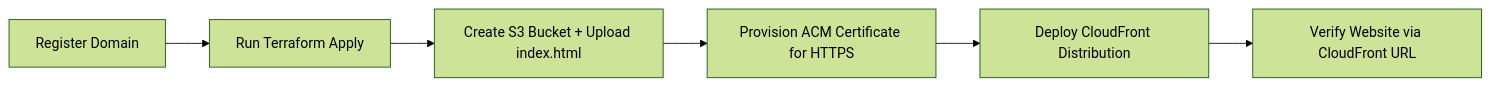
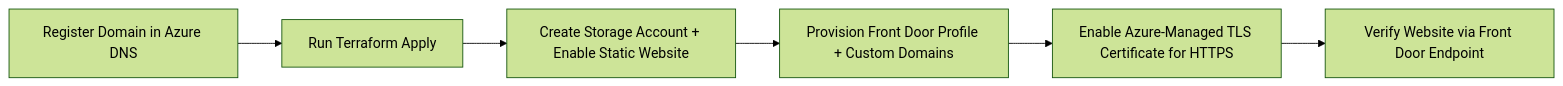
One commit to mamonaco1973/azure-website changed the diagram in README.md. Above: the diagram before and after it, drawn with Mermaid (forest theme). The commit also changed other lines of this file and 1 other file, not shown here.

````diff
--- a/README.md
+++ b/README.md
@@ -30,8 +32,8 @@
 ```mermaid
 flowchart LR
-    A[Register Domain] --> B[Run Terraform Apply]
-    B --> C[Create S3 Bucket + Upload index.html]
-    C --> D[Provision ACM Certificate for HTTPS]
-    D --> E[Deploy CloudFront Distribution]
-    E --> F[Verify Website via CloudFront URL]
+    A[Register Domain in Azure DNS] --> B[Run Terraform Apply]
+    B --> C[Create Storage Account + Enable Static Website]
+    C --> D[Provision Front Door Profile + Custom Domains]
+    D --> E[Enable Azure-Managed TLS Certificate for HTTPS]
+    E --> F[Verify Website via Front Door Endpoint]
 ```
````
